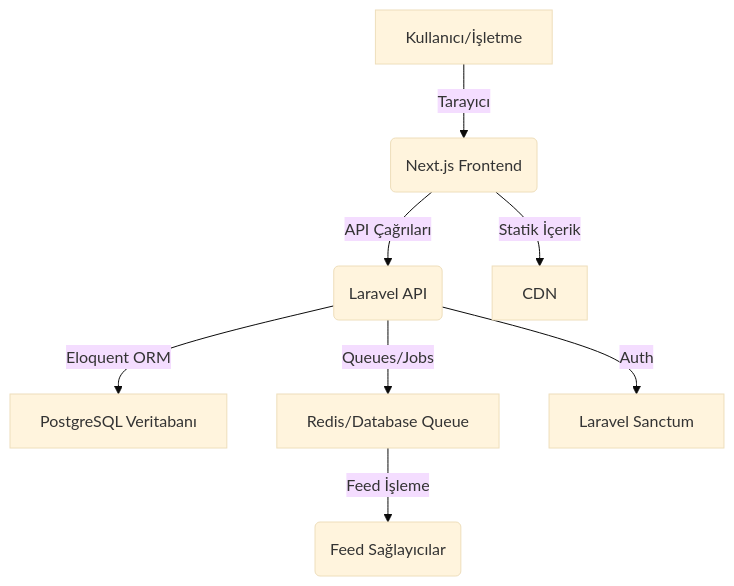
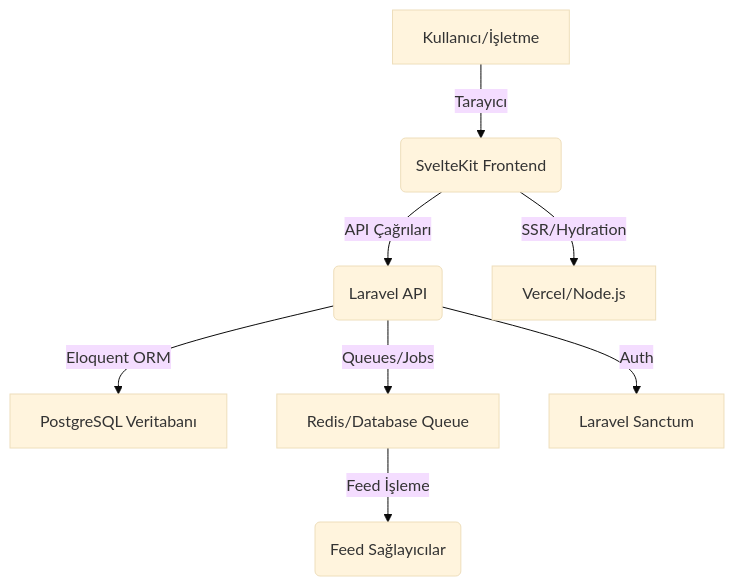
One commit to dertgen/tutarnet changed the diagram in README.md. Above: the diagram before and after it, drawn with Mermaid (base theme). The commit also changed other lines of this file and 203 other files, not shown here.

Commit message:
feat: migrate frontend to SvelteKit 5 with Tailwind CSS 4 and smooth animations

````diff
--- a/README.md
+++ b/README.md
@@ -36,10 +34,10 @@
 ```mermaid
 graph TD
-    A[Kullanıcı/İşletme] -->|Tarayıcı| B(Next.js Frontend)
+    A[Kullanıcı/İşletme] -->|Tarayıcı| B(SvelteKit Frontend)
     B -->|API Çağrıları| C(Laravel API)
     C -->|Eloquent ORM| D[PostgreSQL Veritabanı]
     C -->|Queues/Jobs| E[Redis/Database Queue]
     E -->|Feed İşleme| F(Feed Sağlayıcılar)
     C -->|Auth| G[Laravel Sanctum]
-    B -->|Statik İçerik| H[CDN]
+    B -->|SSR/Hydration| H[Vercel/Node.js]
 ```
````
